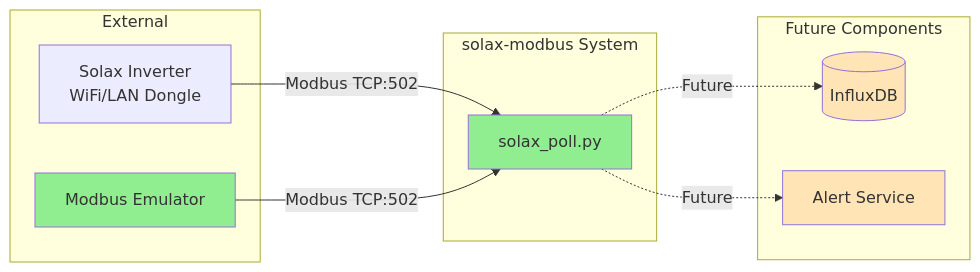
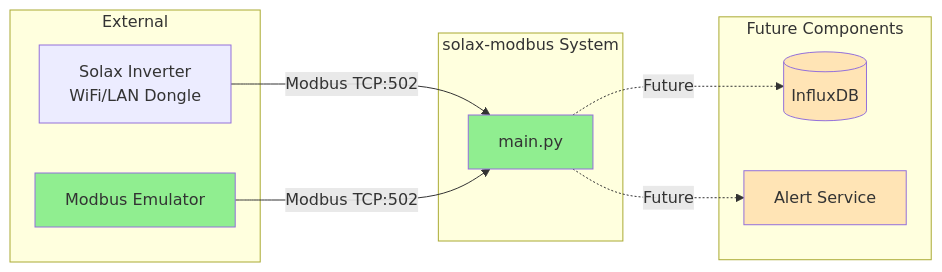
Before and after one commit to William12556/solax-modbus: the first of 4 diagrams in workspace/design/design-0000-master_solax-modbus.md, drawn with Mermaid. The commit also changed other lines of this file and 17 other files, not shown here.

````diff
--- a/workspace/design/design-0000-master_solax-modbus.md
+++ b/workspace/design/design-0000-master_solax-modbus.md
@@ -87,26 +87,26 @@
 ```mermaid
 flowchart LR
     subgraph External
         INV[Solax Inverter<br/>WiFi/LAN Dongle]
         EMU[Modbus Emulator]
     end
     
     subgraph "solax-modbus System"
-        POLL[solax_poll.py]
+        POLL[main.py]
     end
     
     subgraph "Future Components"
         DB[(InfluxDB)]
         ALERT[Alert Service]
     end
     
     INV -->|Modbus TCP:502| POLL
     EMU -->|Modbus TCP:502| POLL
     POLL -.->|Future| DB
     POLL -.->|Future| ALERT
     
     style POLL fill:#90EE90
     style EMU fill:#90EE90
     style DB fill:#FFE4B5
     style ALERT fill:#FFE4B5
 ```
````
